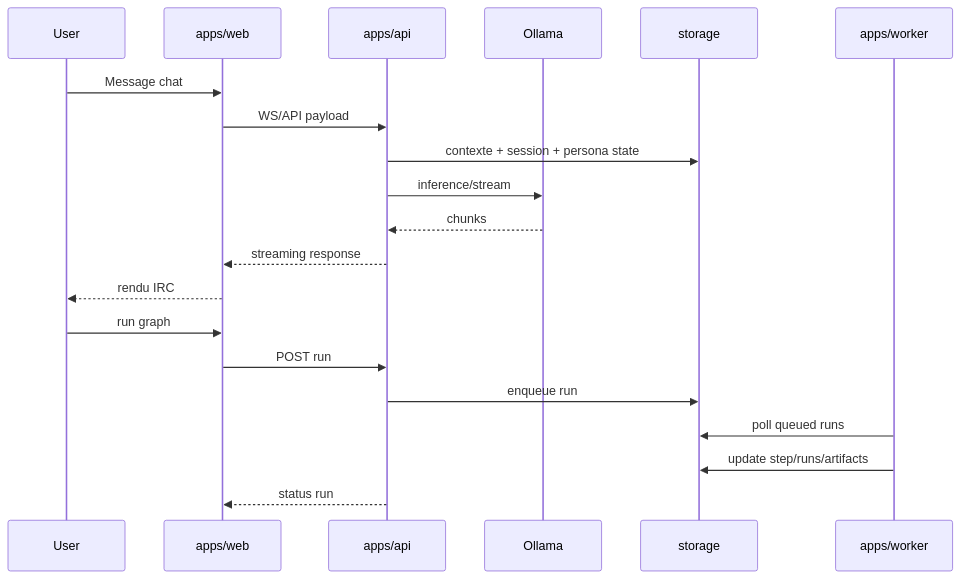
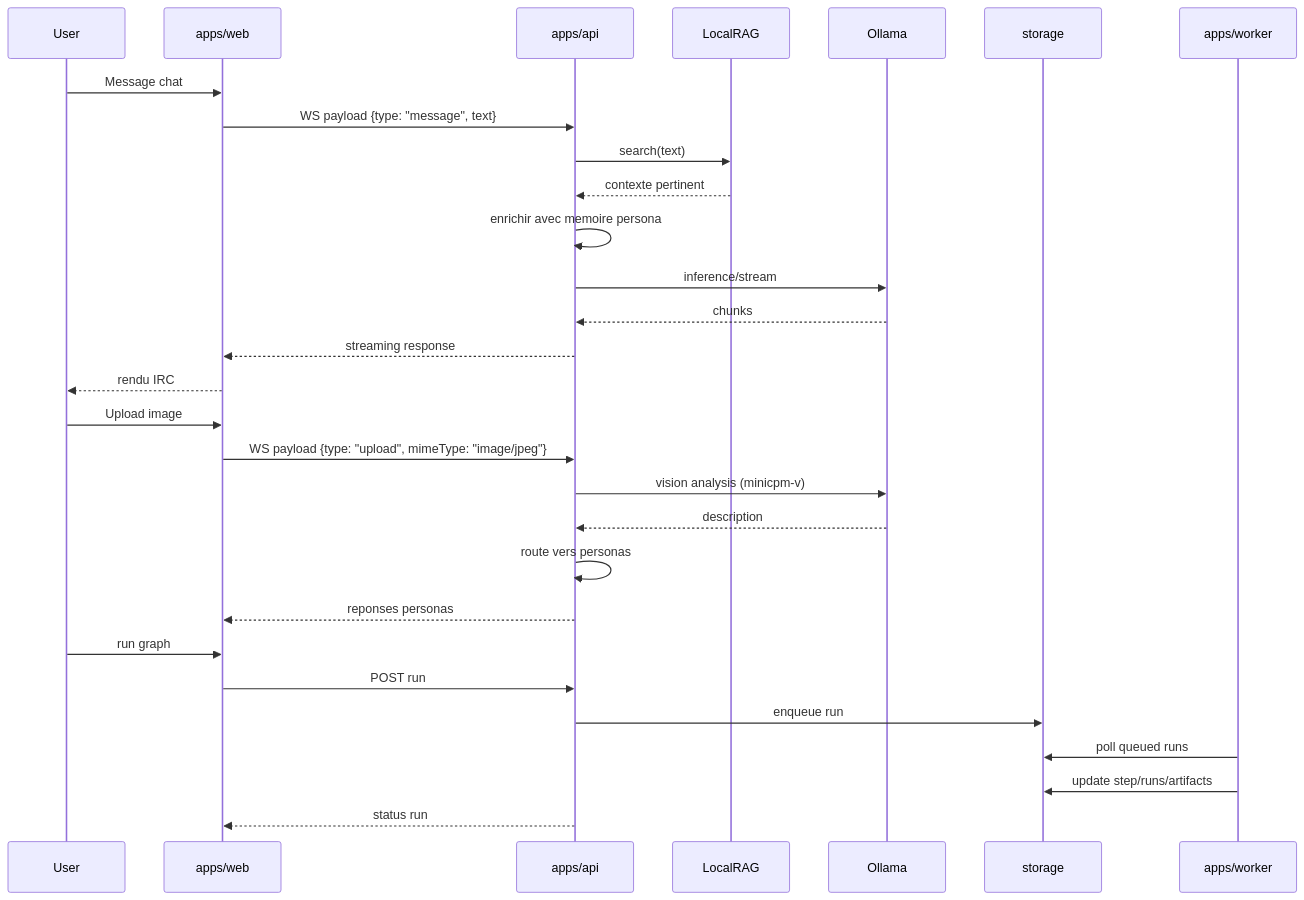
One commit to electron-rare/kxkm_clown changed the diagram in docs/SPEC.md. Above: the diagram before and after it, drawn with Mermaid. The commit also changed other lines of this file, not shown here.

````diff
--- a/docs/SPEC.md
+++ b/docs/SPEC.md
@@ -33,24 +334,34 @@
 ```mermaid
 sequenceDiagram
   participant U as User
   participant W as apps/web
   participant A as apps/api
+  participant RAG as LocalRAG
   participant O as Ollama
   participant S as storage
   participant WK as apps/worker
 
   U->>W: Message chat
-  W->>A: WS/API payload
-  A->>S: contexte + session + persona state
+  W->>A: WS payload {type: "message", text}
+  A->>RAG: search(text)
+  RAG-->>A: contexte pertinent
+  A->>A: enrichir avec memoire persona
   A->>O: inference/stream
   O-->>A: chunks
   A-->>W: streaming response
   W-->>U: rendu IRC
+
+  U->>W: Upload image
+  W->>A: WS payload {type: "upload", mimeType: "image/jpeg"}
+  A->>O: vision analysis (minicpm-v)
+  O-->>A: description
+  A->>A: route vers personas
+  A-->>W: reponses personas
 
   U->>W: run graph
   W->>A: POST run
   A->>S: enqueue run
   WK->>S: poll queued runs
   WK->>S: update step/runs/artifacts
   A-->>W: status run
 ```
````
